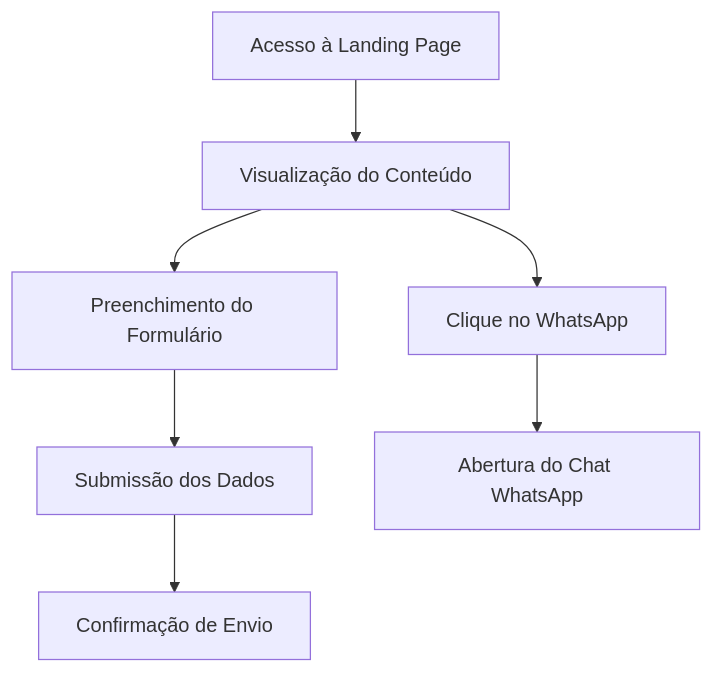
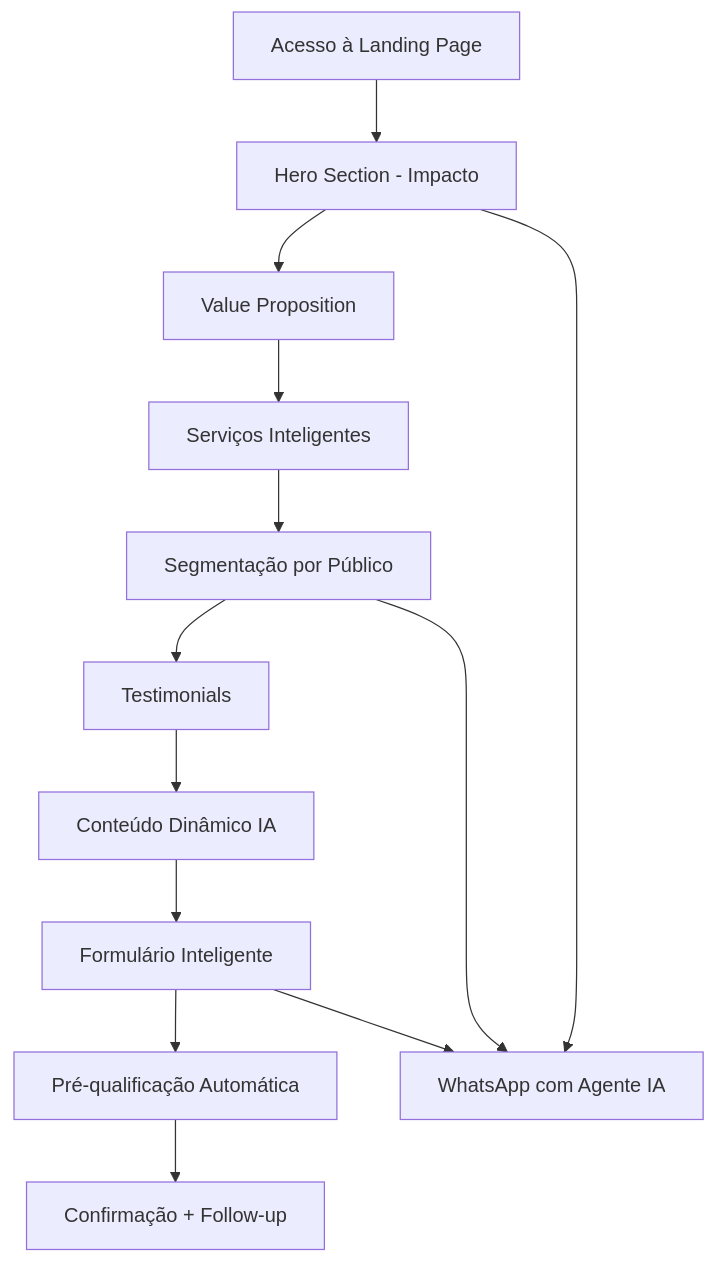
Before and after one commit to julio7528/modelomkt2: the diagram in .trae/documents/prd_agencia_modelo_marketing.md, drawn with Mermaid. The commit also changed other lines of this file and 25 other files, not shown here.

````diff
--- a/.trae/documents/prd_agencia_modelo_marketing.md
+++ b/.trae/documents/prd_agencia_modelo_marketing.md
@@ -44,9 +67,15 @@
 ```mermaid
 graph TD
-    A[Acesso à Landing Page] --> B[Visualização do Conteúdo]
-    B --> C[Preenchimento do Formulário]
-    C --> D[Submissão dos Dados]
-    D --> E[Confirmação de Envio]
-    B --> F[Clique no WhatsApp]
-    F --> G[Abertura do Chat WhatsApp]
+    A[Acesso à Landing Page] --> B[Hero Section - Impacto]
+    B --> C[Value Proposition]
+    C --> D[Serviços Inteligentes]
+    D --> E[Segmentação por Público]
+    E --> F[Testimonials]
+    F --> G[Conteúdo Dinâmico IA]
+    G --> H[Formulário Inteligente]
+    H --> I[Pré-qualificação Automática]
+    I --> J[Confirmação + Follow-up]
+    B --> K[WhatsApp com Agente IA]
+    E --> K
+    H --> K
 ```
````
